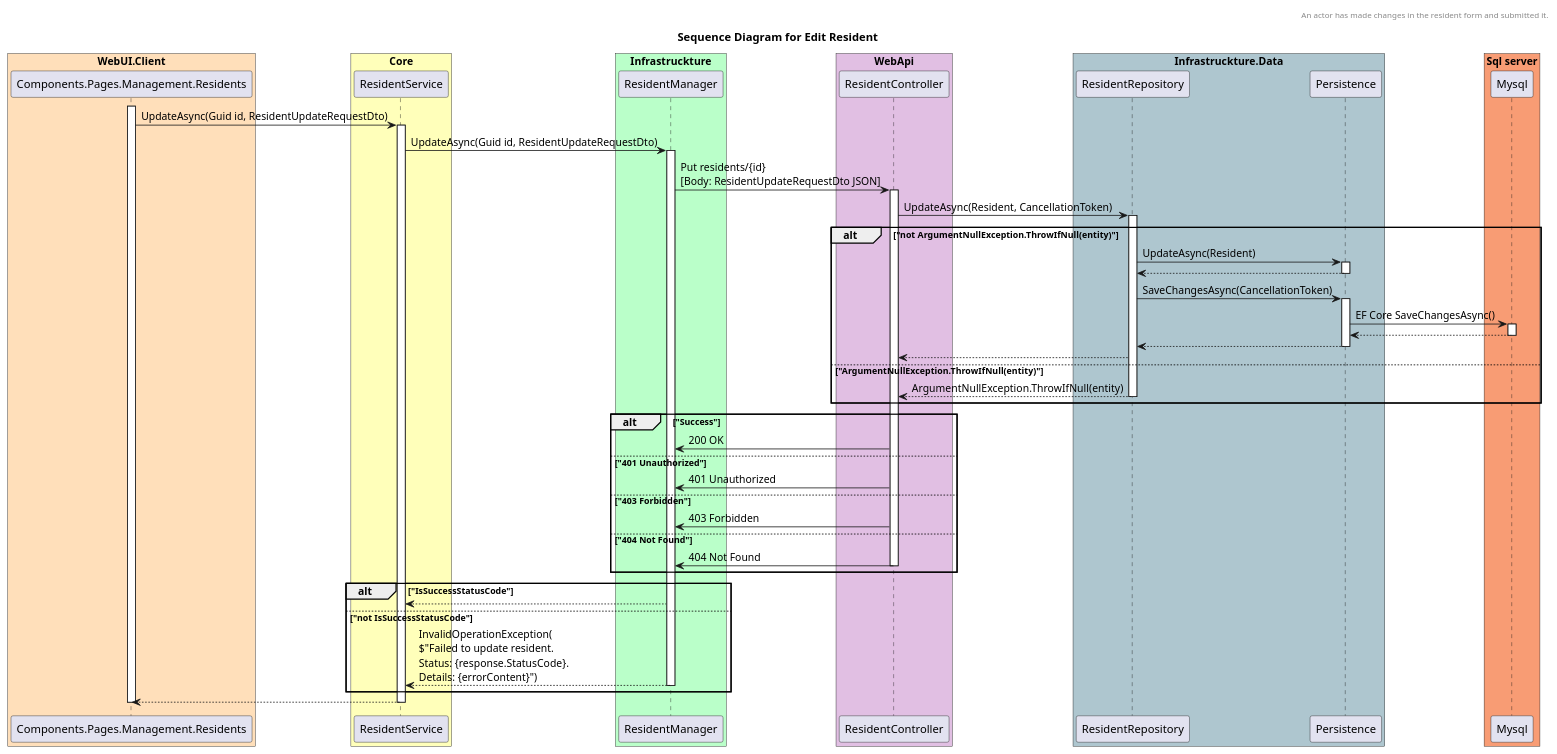
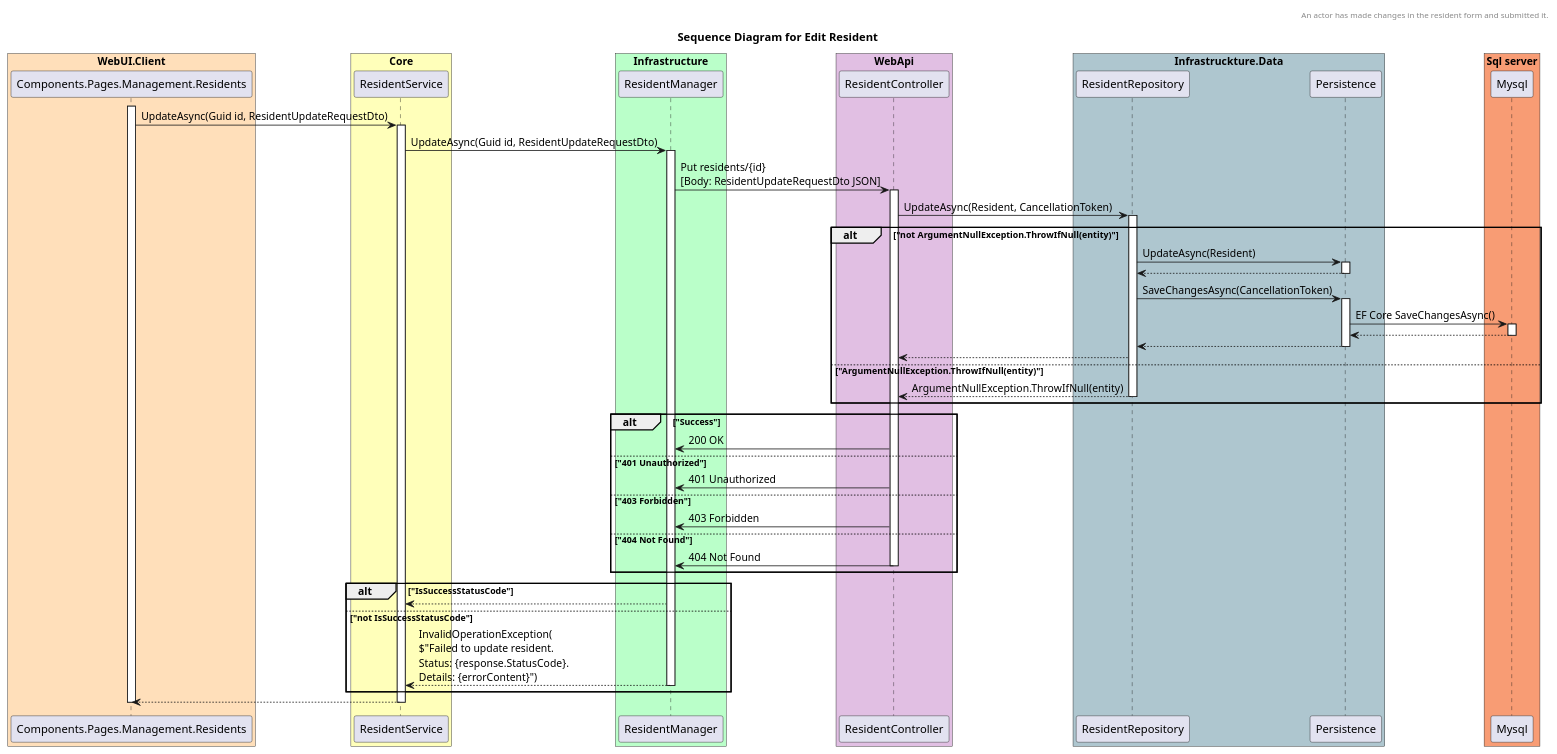
One commit to DMOoF25-Team6/Slottets-Drifttavlen changed the diagram in docs/Examen/sekvens-diagram-resident.puml. Above: the diagram before and after it, drawn with PlantUML.

Commit message:
Potential fix for pull request finding

```diff
--- a/docs/Examen/sekvens-diagram-resident.puml
+++ b/docs/Examen/sekvens-diagram-resident.puml
@@ -1,89 +1,90 @@
 @startuml
 title Sequence Diagram for Edit Resident
 header
 An actor has made changes in the resident form and submitted it.
 end header
 
 'Pastel Pink: #FFB3BA
 'Peach: #FFDFBA
 'Light Yellow: #FFFFBA
 'Mint Green: #BAFFC9
 'Sky Blue: #AEC6CF
 'Lavender: #E1BFE3
 'Soft Coral: #F89C74
 'Baby Blue: #9EB9F3
 'Butter Yellow: #F6CF71
 
 box "WebUI.Client" #FFDFBA
 participant Components.Pages.Management.Residents as Page
 end box
 
 box "Core" #FFFFBA
 participant ResidentService as Service
 end box
 
-box "Infrastruckture" #BAFFC9
+box "Infrastructure" #BAFFC9
+
 participant ResidentManager as Manager
 end box
 
 box "WebApi" #E1BFE3
 participant ResidentController as Controller
 end box
 
 box "Infrastruckture.Data" #AEC6CF
 participant ResidentRepository as Repository
 participant Persistence as Persistence
 end box
 
 box "Sql server" #F89C74
 participant Mysql as Mysql
 end box
 
 activate Page
 Page -> Service: UpdateAsync(Guid id, ResidentUpdateRequestDto)
 activate Service
 Service -> Manager: UpdateAsync(Guid id, ResidentUpdateRequestDto)
 activate Manager
 Manager -> Controller: Put residents/{id}\n[Body: ResidentUpdateRequestDto JSON]
 activate Controller
 Controller -> Repository: UpdateAsync(Resident, CancellationToken)
 activate Repository
 alt "not ArgumentNullException.ThrowIfNull(entity)"
     Repository -> Persistence: UpdateAsync(Resident)
     activate Persistence
     Persistence --> Repository
     deactivate Persistence
     Repository -> Persistence: SaveChangesAsync(CancellationToken)
     activate Persistence
     Persistence -> Mysql: EF Core SaveChangesAsync()
     activate Mysql
     Mysql --> Persistence
     deactivate Mysql
     Persistence --> Repository
     deactivate Persistence
     Repository --> Controller
 else "ArgumentNullException.ThrowIfNull(entity)"
     Repository --> Controller: ArgumentNullException.ThrowIfNull(entity)
     deactivate Repository
 end alt
 
 alt "Success"
     Controller -> Manager: 200 OK
 else "401 Unauthorized"
     Controller -> Manager: 401 Unauthorized
 else "403 Forbidden"
     Controller -> Manager: 403 Forbidden
 else "404 Not Found"
     Controller -> Manager: 404 Not Found
     deactivate Controller
 end alt
 alt "IsSuccessStatusCode"
     Manager --> Service
 else "not IsSuccessStatusCode"
     Manager --> Service: InvalidOperationException(\n$"Failed to update resident. \nStatus: {response.StatusCode}. \nDetails: {errorContent}")
     deactivate Manager
 end alt
 Service --> Page
 deactivate Service
 deactivate Page
 @enduml
```
